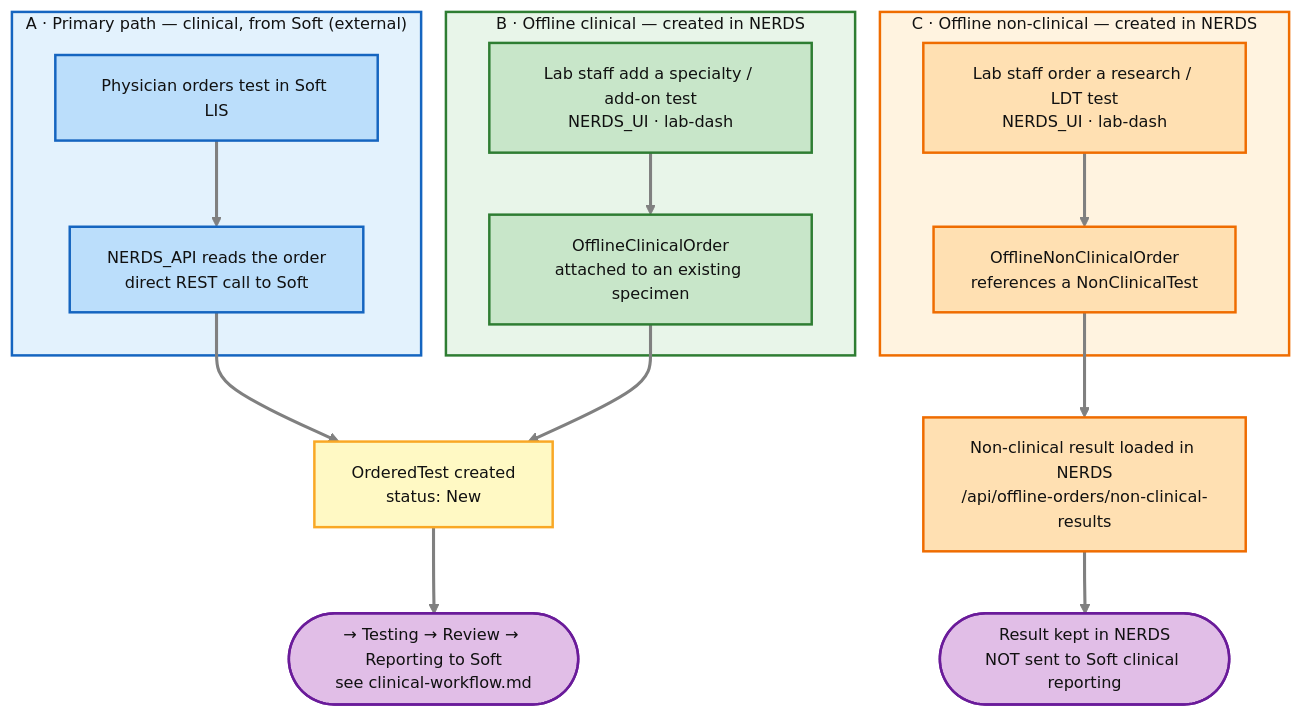
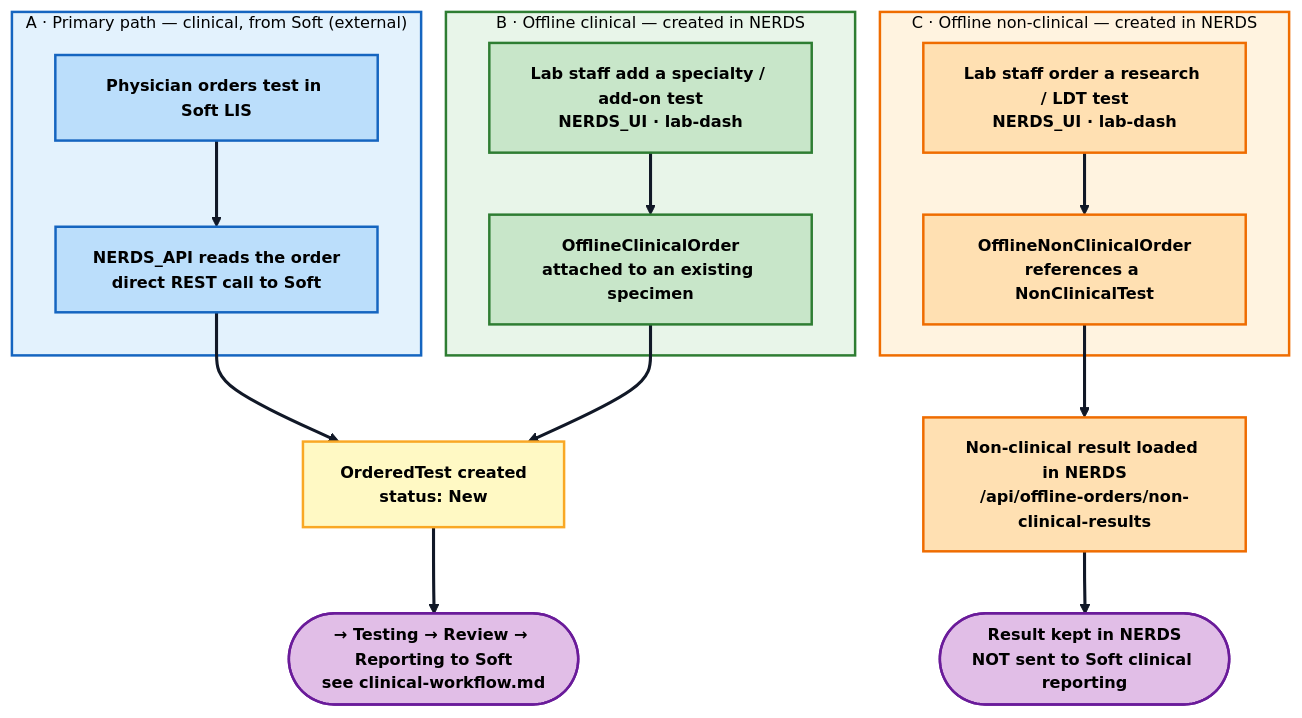
One commit to fengyanglin09/my-work-dashboard-app changed the diagram in src/assets/pages/app-resources/nerds/appDetails/00step/clinical-workflow/order-origins.md. Above: the diagram before and after it, drawn with Mermaid. The commit also changed 35 other files, not shown here.

Commit message:
Add new mermaid diagrams for workflow and testing processes

````diff
--- a/src/assets/pages/app-resources/nerds/appDetails/00step/clinical-workflow/order-origins.md
+++ b/src/assets/pages/app-resources/nerds/appDetails/00step/clinical-workflow/order-origins.md
@@ -13,40 +13,40 @@
 ```mermaid
-%%{init: {"theme":"base", "themeVariables":{"background":"#ffffff","lineColor":"#808080","edgeLabelBackground":"#ffffff","fontSize":"13px"}, "flowchart":{"curve":"basis"}}}%%
+%%{init: {"theme":"base", "themeVariables":{"background":"#ffffff","mainBkg":"#ffffff","primaryColor":"#f8fafc","primaryTextColor":"#000000","primaryBorderColor":"#111827","secondaryColor":"#f8fafc","secondaryTextColor":"#000000","secondaryBorderColor":"#111827","tertiaryColor":"#f8fafc","tertiaryTextColor":"#000000","tertiaryBorderColor":"#111827","lineColor":"#111827","defaultLinkColor":"#111827","nodeTextColor":"#000000","textColor":"#000000","titleColor":"#000000","edgeLabelBackground":"#ffffff","clusterBkg":"#f8fafc","clusterBorder":"#111827","fontSize":"13px"}, "themeCSS":".nodeLabel,.nodeLabel *,.edgeLabel,.edgeLabel *,.cluster-label,.cluster-label *,.label,.label *,foreignObject,foreignObject *,text,tspan{color:#000000 !important;fill:#000000 !important;font-weight:700 !important;}.edgeLabel rect,.labelBkg{fill:#ffffff !important;opacity:0.96 !important;}", "flowchart":{"curve":"basis","htmlLabels":false}}}%%
 flowchart TD
     subgraph PRIMARY["A · Primary path — clinical, from Soft (external)"]
         P1[Physician orders test in Soft LIS] --> P2[NERDS_API reads the order<br/>direct REST call to Soft]
     end
 
     subgraph OFFC["B · Offline clinical — created in NERDS"]
         C1[Lab staff add a specialty / add-on test<br/>NERDS_UI · lab-dash] --> C2[OfflineClinicalOrder<br/>attached to an existing specimen]
     end
 
     subgraph OFFN["C · Offline non-clinical — created in NERDS"]
         N1[Lab staff order a research / LDT test<br/>NERDS_UI · lab-dash] --> N2[OfflineNonClinicalOrder<br/>references a NonClinicalTest]
     end
 
     P2 --> NEW[OrderedTest created<br/>status: New]
     C2 --> NEW
     NEW --> FLOW([→ Testing → Review → Reporting to Soft<br/>see clinical-workflow.md])
 
     N2 --> NCFLOW[Non-clinical result loaded in NERDS<br/>/api/offline-orders/non-clinical-results]
     NCFLOW --> NCEND([Result kept in NERDS<br/>NOT sent to Soft clinical reporting])
 
-    classDef primary fill:#bbdefb,stroke:#1565c0,stroke-width:2px,color:#111111;
-    classDef offc    fill:#c8e6c9,stroke:#2e7d32,stroke-width:2px,color:#111111;
-    classDef offn    fill:#ffe0b2,stroke:#ef6c00,stroke-width:2px,color:#111111;
-    classDef merge   fill:#fff9c4,stroke:#f9a825,stroke-width:2px,color:#111111;
-    classDef exit    fill:#e1bee7,stroke:#6a1b9a,stroke-width:2px,color:#111111;
+    classDef primary fill:#bbdefb,stroke:#1565c0,stroke-width:2px,color:#000000,font-weight:700;
+    classDef offc    fill:#c8e6c9,stroke:#2e7d32,stroke-width:2px,color:#000000,font-weight:700;
+    classDef offn    fill:#ffe0b2,stroke:#ef6c00,stroke-width:2px,color:#000000,font-weight:700;
+    classDef merge   fill:#fff9c4,stroke:#f9a825,stroke-width:2px,color:#000000,font-weight:700;
+    classDef exit    fill:#e1bee7,stroke:#6a1b9a,stroke-width:2px,color:#000000,font-weight:700;
 
     class P1,P2 primary;
     class C1,C2 offc;
     class N1,N2,NCFLOW offn;
     class NEW merge;
     class FLOW,NCEND exit;
 
-    style PRIMARY fill:#e3f2fd,stroke:#1565c0,stroke-width:2px,color:#111111
-    style OFFC    fill:#e8f5e9,stroke:#2e7d32,stroke-width:2px,color:#111111
-    style OFFN    fill:#fff3e0,stroke:#ef6c00,stroke-width:2px,color:#111111
+    style PRIMARY fill:#e3f2fd,stroke:#1565c0,stroke-width:2px,color:#000000,font-weight:700
+    style OFFC    fill:#e8f5e9,stroke:#2e7d32,stroke-width:2px,color:#000000,font-weight:700
+    style OFFN    fill:#fff3e0,stroke:#ef6c00,stroke-width:2px,color:#000000,font-weight:700
 
-    linkStyle default stroke:#808080,stroke-width:2.5px
+    linkStyle default stroke:#111827,stroke-width:2.5px
 ```
````
